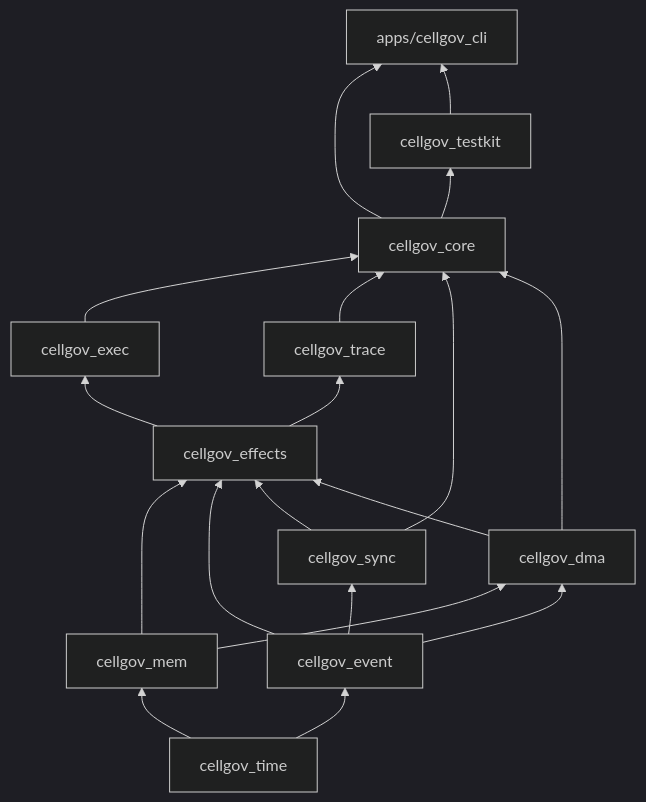
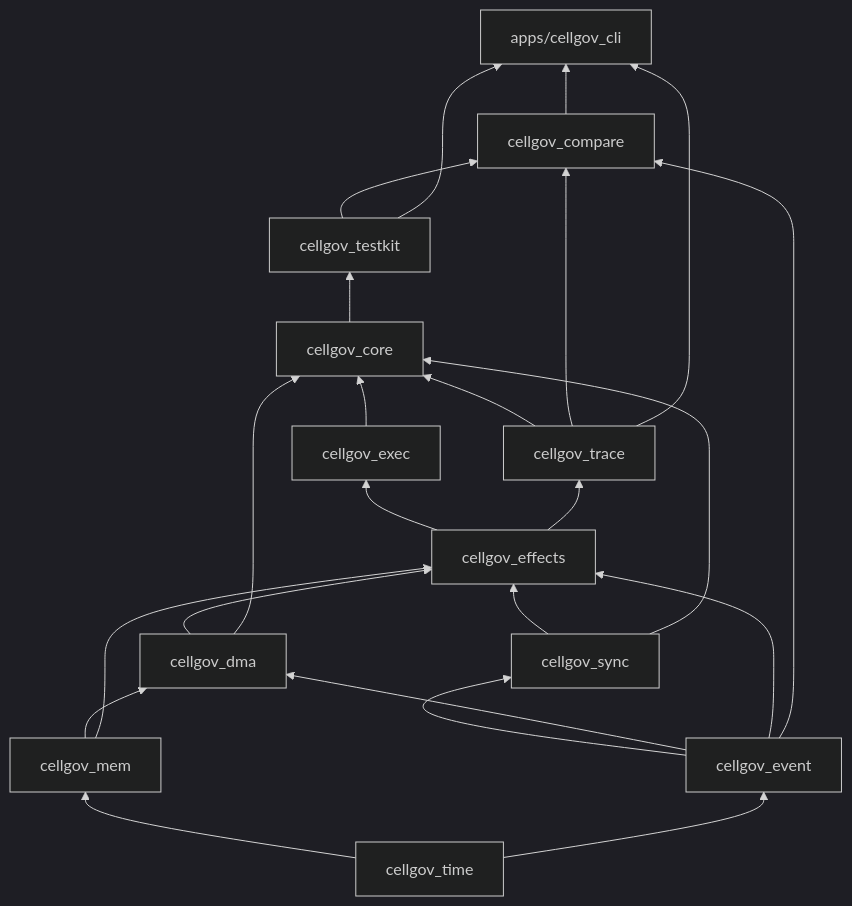
One commit to RoyalAce22/CellGov changed the diagram in docs/architecture.md. Above: the diagram before and after it, drawn with Mermaid (dark theme). The commit also changed other lines of this file and 70 other files, not shown here.

````diff
--- a/docs/architecture.md
+++ b/docs/architecture.md
@@ -25,38 +52,45 @@
 ```mermaid
 graph BT
   cli["apps/cellgov_cli"]
+  compare[cellgov_compare]
   testkit[cellgov_testkit]
   core[cellgov_core]
   exec[cellgov_exec]
   trace[cellgov_trace]
   sync[cellgov_sync]
   dma[cellgov_dma]
   effects[cellgov_effects]
   mem[cellgov_mem]
   event[cellgov_event]
   time[cellgov_time]
 
   time --> mem
   time --> event
 
   event --> sync
   mem --> dma
   event --> dma
 
   mem --> effects
   event --> effects
   sync --> effects
   dma --> effects
 
   effects --> exec
   effects --> trace
 
   exec --> core
   trace --> core
   sync --> core
   dma --> core
 
   core --> testkit
-  core --> cli
+
+  event --> compare
+  testkit --> compare
+  trace --> compare
+
+  compare --> cli
   testkit --> cli
+  trace --> cli
 ```
````
